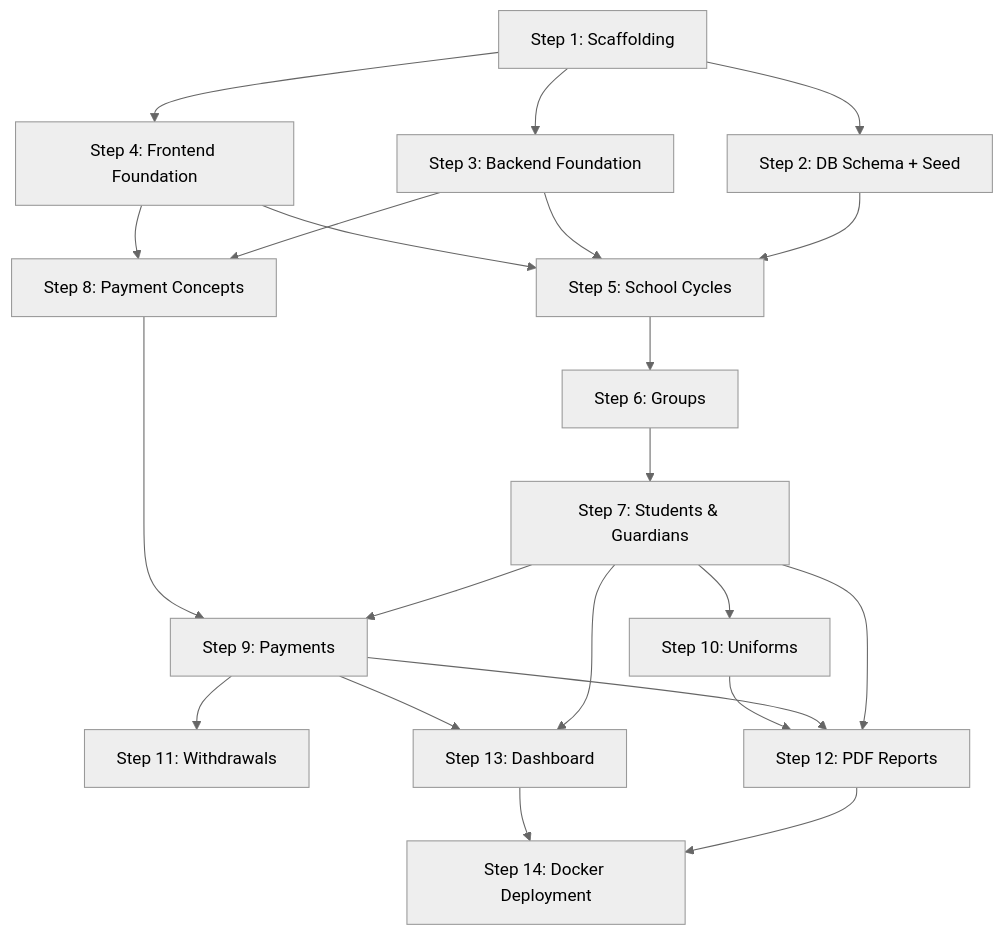
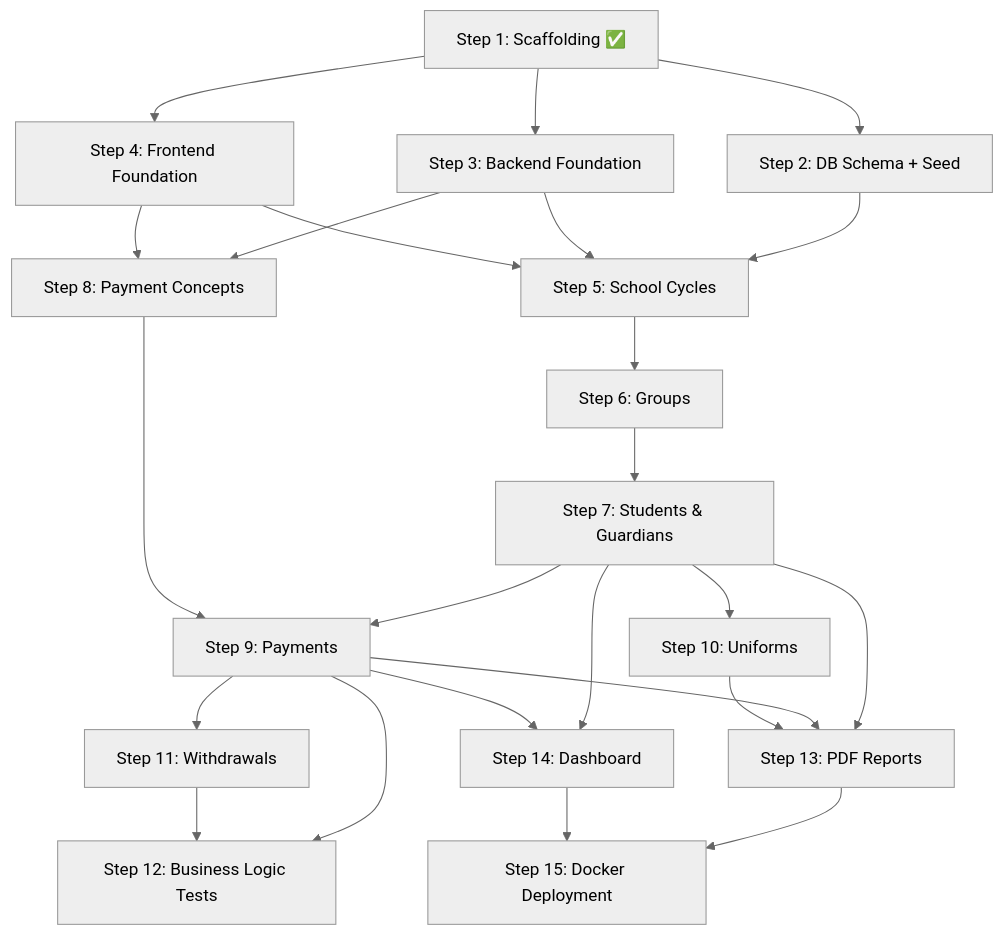
The diagram in docs/implementation-plan.md (OmarERz/Sistema_Gestion_Escolar), drawn with Mermaid (neutral theme) before and after one commit. The commit also changed other lines of this file and 4 other files, not shown here.

````diff
--- a/docs/implementation-plan.md
+++ b/docs/implementation-plan.md
@@ -359,32 +376,35 @@
 ```mermaid
 graph TD
-    S1[Step 1: Scaffolding] --> S2[Step 2: DB Schema + Seed]
+    S1[Step 1: Scaffolding ✅] --> S2[Step 2: DB Schema + Seed]
     S1 --> S3[Step 3: Backend Foundation]
     S1 --> S4[Step 4: Frontend Foundation]
 
     S2 --> S5[Step 5: School Cycles]
     S3 --> S5
     S4 --> S5
 
     S5 --> S6[Step 6: Groups]
     S6 --> S7[Step 7: Students & Guardians]
 
     S3 --> S8[Step 8: Payment Concepts]
     S4 --> S8
 
     S7 --> S9[Step 9: Payments]
     S8 --> S9
 
     S7 --> S10[Step 10: Uniforms]
     S9 --> S11[Step 11: Withdrawals]
 
-    S7 --> S12[Step 12: PDF Reports]
-    S9 --> S12
-    S10 --> S12
+    S9 --> S12[Step 12: Business Logic Tests]
+    S11 --> S12
 
-    S7 --> S13[Step 13: Dashboard]
+    S7 --> S13[Step 13: PDF Reports]
     S9 --> S13
+    S10 --> S13
 
-    S12 --> S14[Step 14: Docker Deployment]
-    S13 --> S14
+    S7 --> S14[Step 14: Dashboard]
+    S9 --> S14
+
+    S13 --> S15[Step 15: Docker Deployment]
+    S14 --> S15
 ```
````
